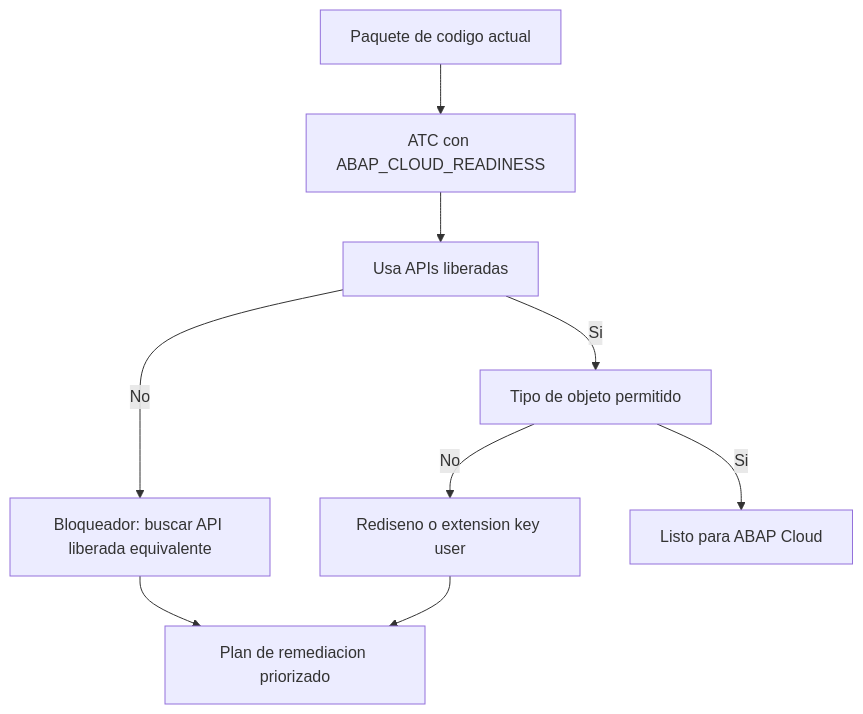
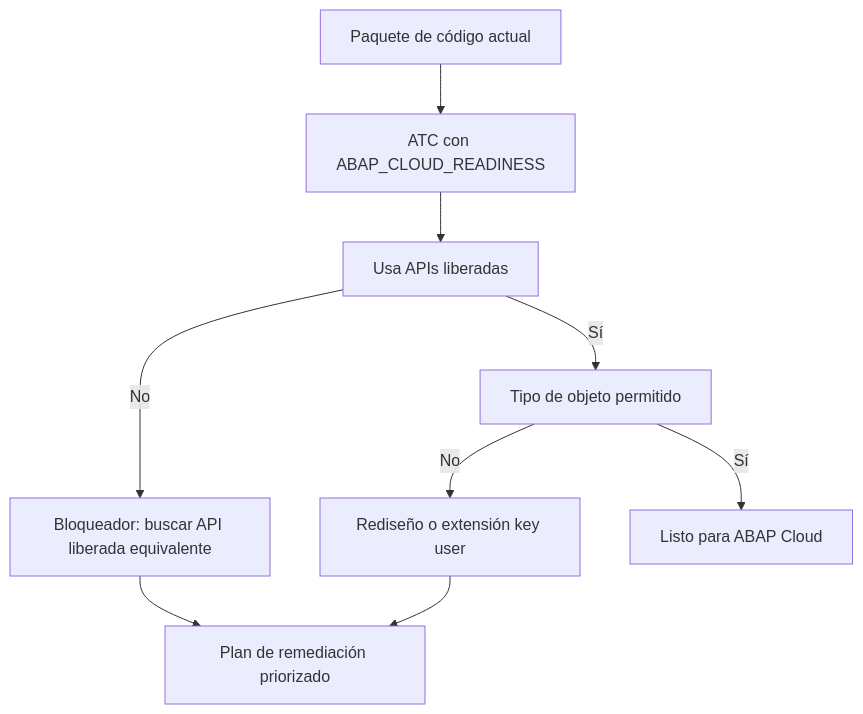
Before and after one commit to logalitech/blog-content: the diagram in es/atc-readiness-abap-cloud.mdx, drawn with Mermaid. The commit also changed other lines of this file and 49 other files, not shown here.

````diff
--- a/es/atc-readiness-abap-cloud.mdx
+++ b/es/atc-readiness-abap-cloud.mdx
@@ -25,11 +25,11 @@
 ```mermaid
 flowchart TD
-  PKG["Paquete de codigo actual"] --> ATC["ATC con ABAP_CLOUD_READINESS"]
+  PKG["Paquete de código actual"] --> ATC["ATC con ABAP_CLOUD_READINESS"]
   ATC --> API["Usa APIs liberadas"]
   API -->|"No"| BLK["Bloqueador: buscar API liberada equivalente"]
-  API -->|"Si"| OBJ["Tipo de objeto permitido"]
-  OBJ -->|"No"| REDIS["Rediseno o extension key user"]
-  OBJ -->|"Si"| OK["Listo para ABAP Cloud"]
-  BLK --> PLAN["Plan de remediacion priorizado"]
+  API -->|"Sí"| OBJ["Tipo de objeto permitido"]
+  OBJ -->|"No"| REDIS["Rediseño o extensión key user"]
+  OBJ -->|"Sí"| OK["Listo para ABAP Cloud"]
+  BLK --> PLAN["Plan de remediación priorizado"]
   REDIS --> PLAN
 ```
````
